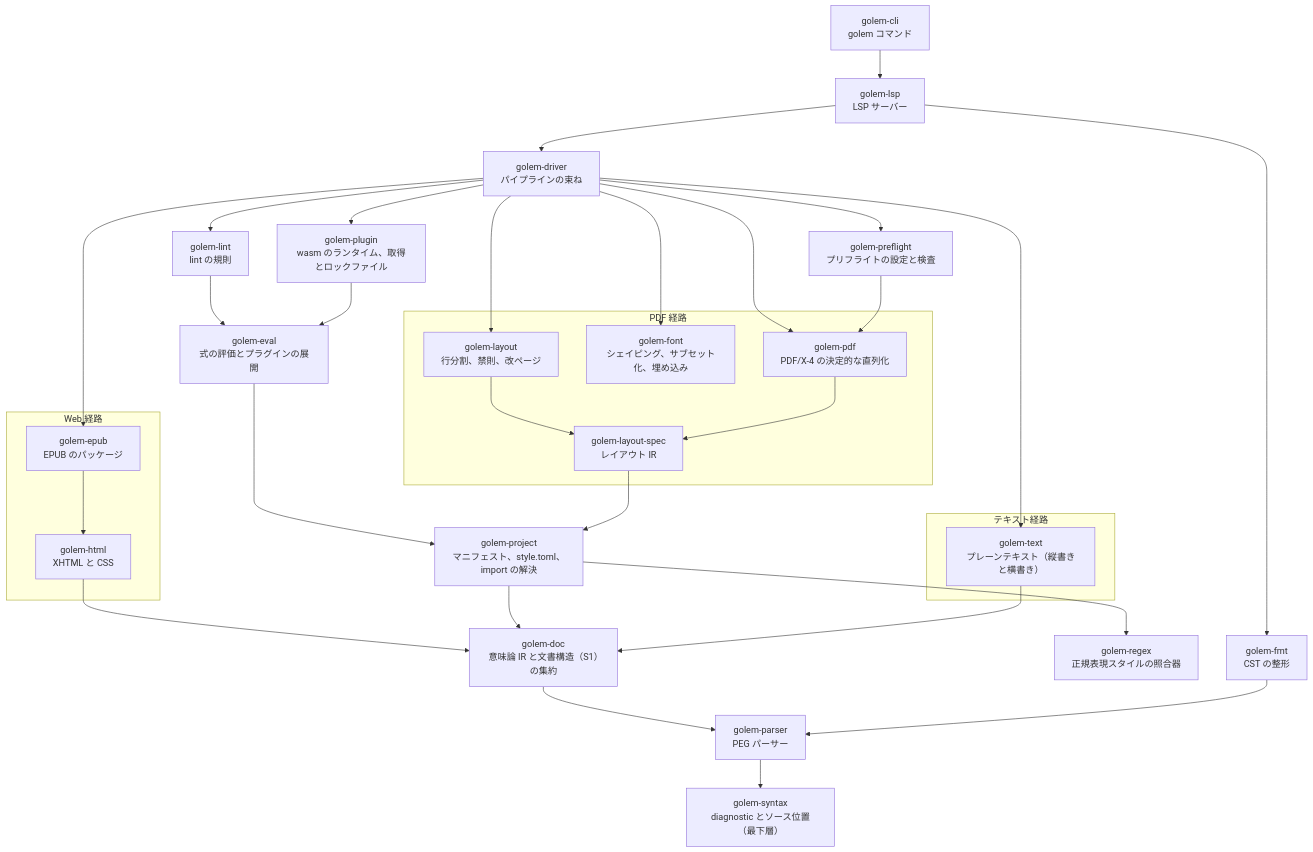
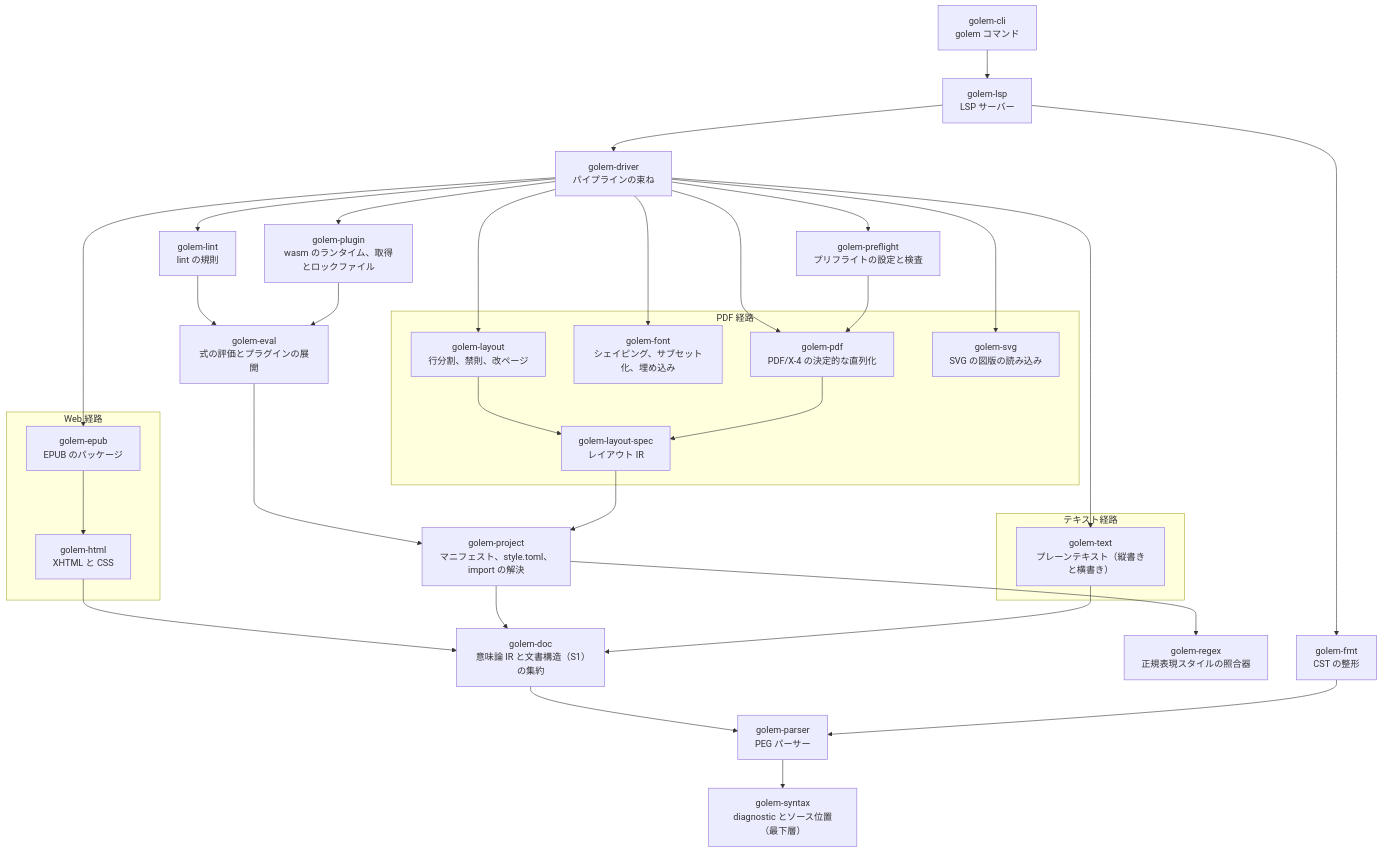
Before and after one commit to tett23/golem: the second of 2 diagrams in docs/specifications.md, drawn with Mermaid. The commit also changed other lines of this file and 40 other files, not shown here.

First line of the commit message:
feat: SVG figures drawn in the PDF, G0811, outlined manual figures (golem-pdf ADR 0009)

````diff
--- a/docs/specifications.md
+++ b/docs/specifications.md
@@ -147,55 +149,57 @@
 ```mermaid
 flowchart TD
     cli["golem-cli<br/>golem コマンド"]
     lsp["golem-lsp<br/>LSP サーバー"]
     driver["golem-driver<br/>パイプラインの束ね"]
     lint["golem-lint<br/>lint の規則"]
     fmt["golem-fmt<br/>CST の整形"]
     plugin["golem-plugin<br/>wasm のランタイム、取得とロックファイル"]
     project["golem-project<br/>マニフェスト、style.toml、import の解決"]
     regex["golem-regex<br/>正規表現スタイルの照合器"]
     parser["golem-parser<br/>PEG パーサー"]
     eval["golem-eval<br/>式の評価とプラグインの展開"]
     doc["golem-doc<br/>意味論 IR と文書構造（S1）の集約"]
     syntax["golem-syntax<br/>diagnostic とソース位置（最下層）"]
     preflight["golem-preflight<br/>プリフライトの設定と検査"]
     subgraph pdfpath["PDF 経路"]
         layoutspec["golem-layout-spec<br/>レイアウト IR"]
         layout["golem-layout<br/>行分割、禁則、改ページ"]
         font["golem-font<br/>シェイピング、サブセット化、埋め込み"]
         pdf["golem-pdf<br/>PDF/X-4 の決定的な直列化"]
+        svg["golem-svg<br/>SVG の図版の読み込み"]
     end
     subgraph webpath["Web 経路"]
         html["golem-html<br/>XHTML と CSS"]
         epub["golem-epub<br/>EPUB のパッケージ"]
     end
     subgraph textpath["テキスト経路"]
         text["golem-text<br/>プレーンテキスト（縦書きと横書き）"]
     end
     cli --> lsp
     doc --> parser
     driver --> epub
     driver --> font
     driver --> layout
     driver --> lint
     driver --> pdf
     driver --> plugin
     driver --> preflight
+    driver --> svg
     driver --> text
     epub --> html
     eval --> project
     fmt --> parser
     html --> doc
     layout --> layoutspec
     layoutspec --> project
     lint --> eval
     lsp --> driver
     lsp --> fmt
     pdf --> layoutspec
     plugin --> eval
     preflight --> pdf
     project --> doc
     project --> regex
     text --> doc
     parser --> syntax
 ```
````
